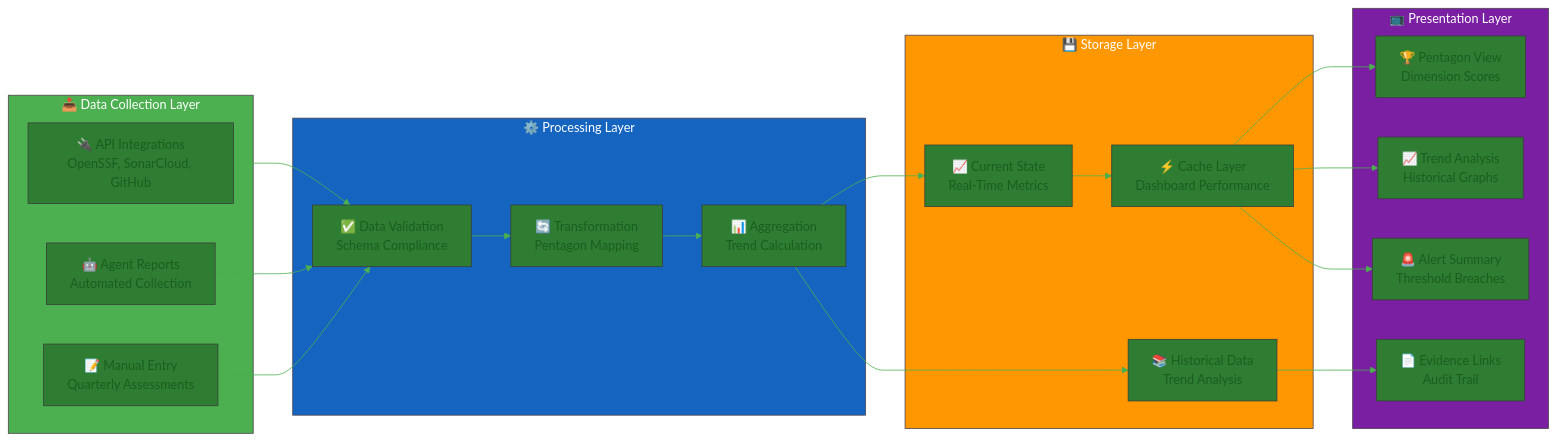
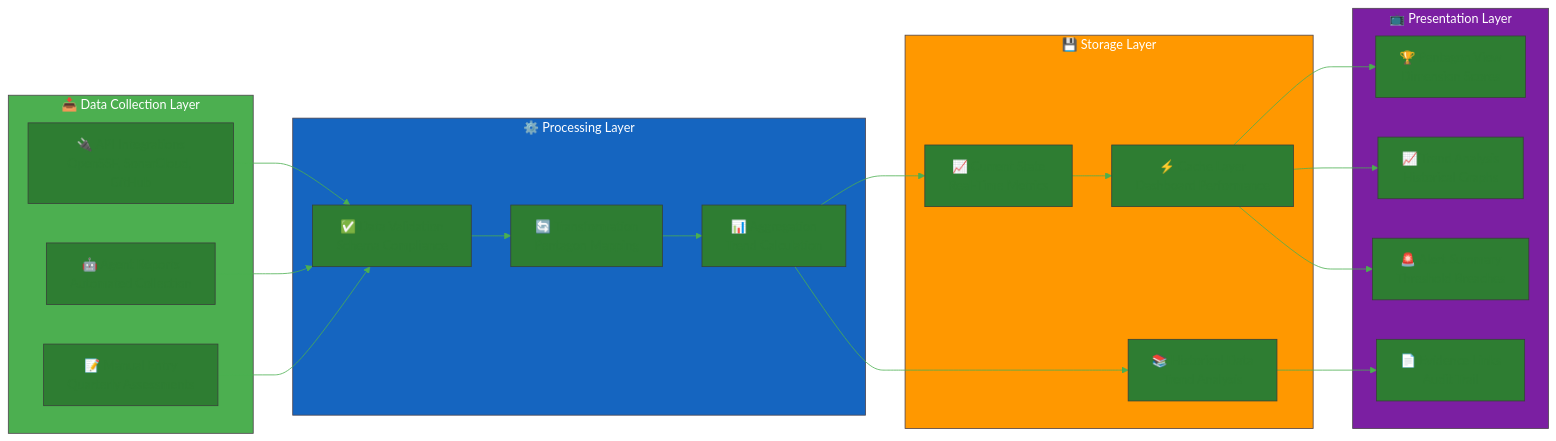
One commit to Hack23/ISMS-PUBLIC changed the third of 5 diagrams in Security_Metrics.md. Above: the diagram before and after it, drawn with Mermaid. The commit also changed other lines of this file and 18 other files, not shown here.

Commit message:
fix broken mermaid

````diff
--- a/Security_Metrics.md
+++ b/Security_Metrics.md
@@ -480,59 +480,59 @@
 ```mermaid
 %%{
   init: {
     'theme': 'base',
     'themeVariables': {
       'primaryColor': '#2E7D32',
-      'primaryTextColor': '#1B5E20',
+      'primaryTextColor': '#2E7D32',
       'lineColor': '#4CAF50',
       'secondaryColor': '#1565C0'
     }
   }
 }%%
 flowchart LR
     subgraph COLLECTION["📥 Data Collection Layer"]
         API[🔌 API Integrations<br/>OpenSSF, SonarCloud, GitHub]
         AGENTS[🤖 Agent Reports<br/>Automated Collection]
         MANUAL[📝 Manual Entry<br/>Quarterly Assessments]
     end
     
     subgraph PROCESSING["⚙️ Processing Layer"]
         VALIDATE[✅ Data Validation<br/>Schema Compliance]
         TRANSFORM[🔄 Transformation<br/>Pentagon Mapping]
         AGGREGATE[📊 Aggregation<br/>Trend Calculation]
     end
     
     subgraph STORAGE["💾 Storage Layer"]
         CURRENT[📈 Current State<br/>Real-Time Metrics]
         HISTORY[📚 Historical Data<br/>Trend Analysis]
         CACHE[⚡ Cache Layer<br/>Dashboard Performance]
     end
     
     subgraph PRESENTATION["📺 Presentation Layer"]
         PENTAGON_VIEW[🏆 Pentagon View<br/>Dimension Scores]
         TREND_VIEW[📈 Trend Analysis<br/>Historical Graphs]
         ALERT_VIEW[🚨 Alert Summary<br/>Threshold Breaches]
         EVIDENCE_VIEW[📄 Evidence Links<br/>Audit Trail]
     end
     
     API --> VALIDATE
     AGENTS --> VALIDATE
     MANUAL --> VALIDATE
     
     VALIDATE --> TRANSFORM
     TRANSFORM --> AGGREGATE
     
     AGGREGATE --> CURRENT
     AGGREGATE --> HISTORY
     CURRENT --> CACHE
     
     CACHE --> PENTAGON_VIEW
     CACHE --> TREND_VIEW
     CACHE --> ALERT_VIEW
     HISTORY --> EVIDENCE_VIEW
     
     style COLLECTION fill:#4CAF50,color:#fff
     style PROCESSING fill:#1565C0,color:#fff
     style STORAGE fill:#FF9800,color:#fff
     style PRESENTATION fill:#7B1FA2,color:#fff
 ```
````
